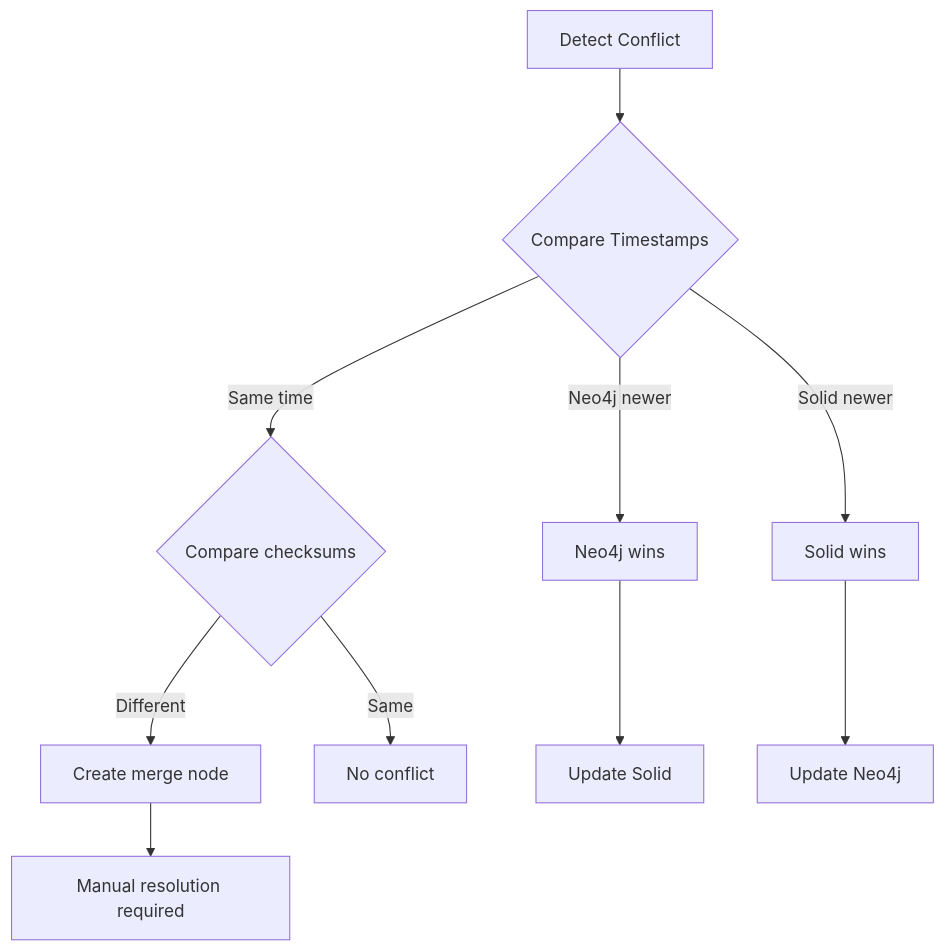
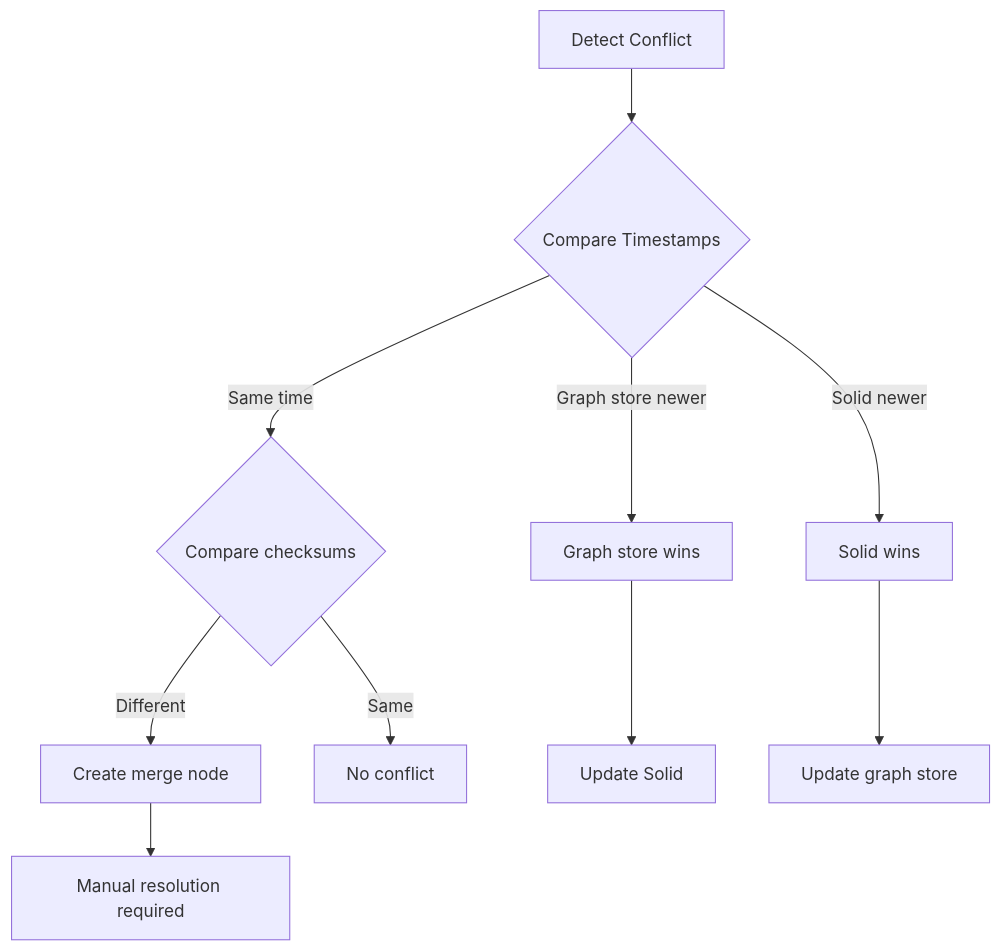
The fifth of 5 diagrams in docs/explanation/solid-sidecar-architecture.md (shaneholloman/logseq-spring-thing), drawn with Mermaid before and after one commit. The commit also changed other lines of this file and 58 other files, not shown here.

````diff
--- a/docs/explanation/solid-sidecar-architecture.md
+++ b/docs/explanation/solid-sidecar-architecture.md
@@ -363,13 +370,13 @@
 ```mermaid
 flowchart TD
     A[Detect Conflict] --> B{Compare Timestamps}
-    B -->|Neo4j newer| C[Neo4j wins]
+    B -->|Graph store newer| C[Graph store wins]
     B -->|Solid newer| D[Solid wins]
     B -->|Same time| E{Compare checksums}
     E -->|Different| F[Create merge node]
     E -->|Same| G[No conflict]
 
     C --> H[Update Solid]
-    D --> I[Update Neo4j]
+    D --> I[Update graph store]
     F --> J[Manual resolution required]
 ```
````
